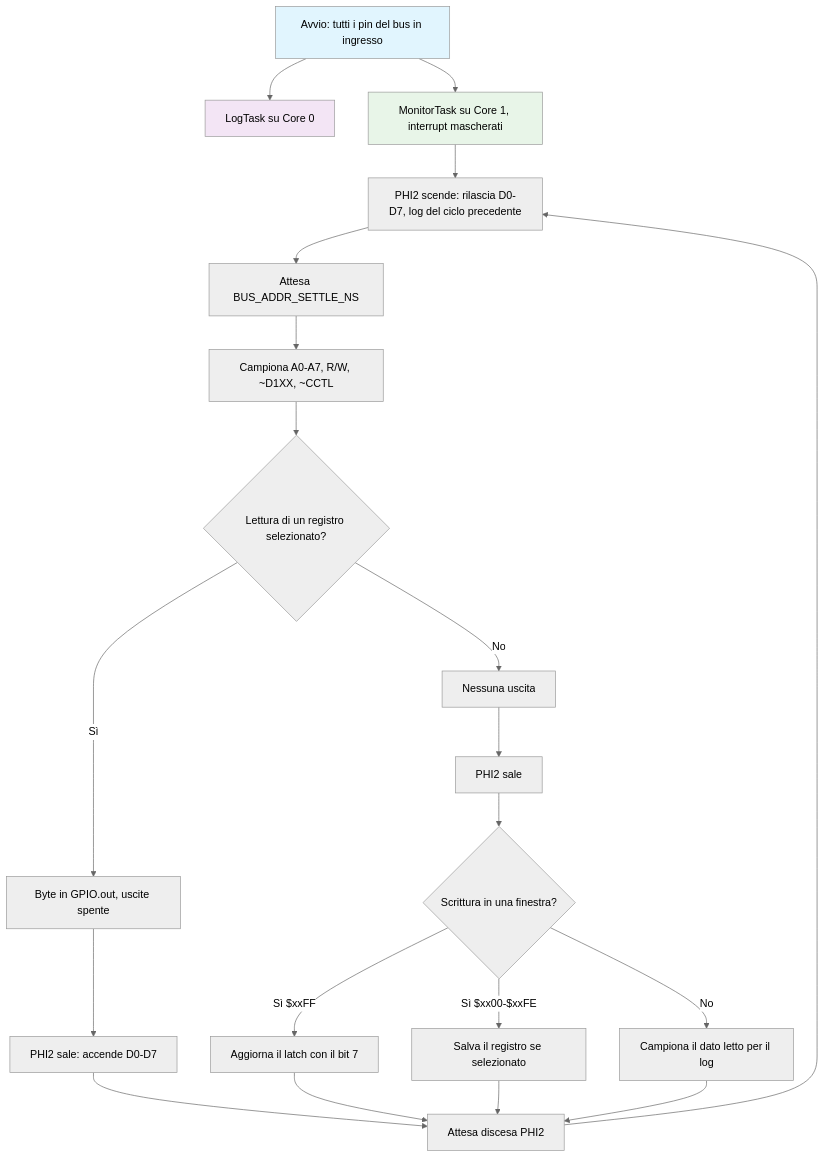
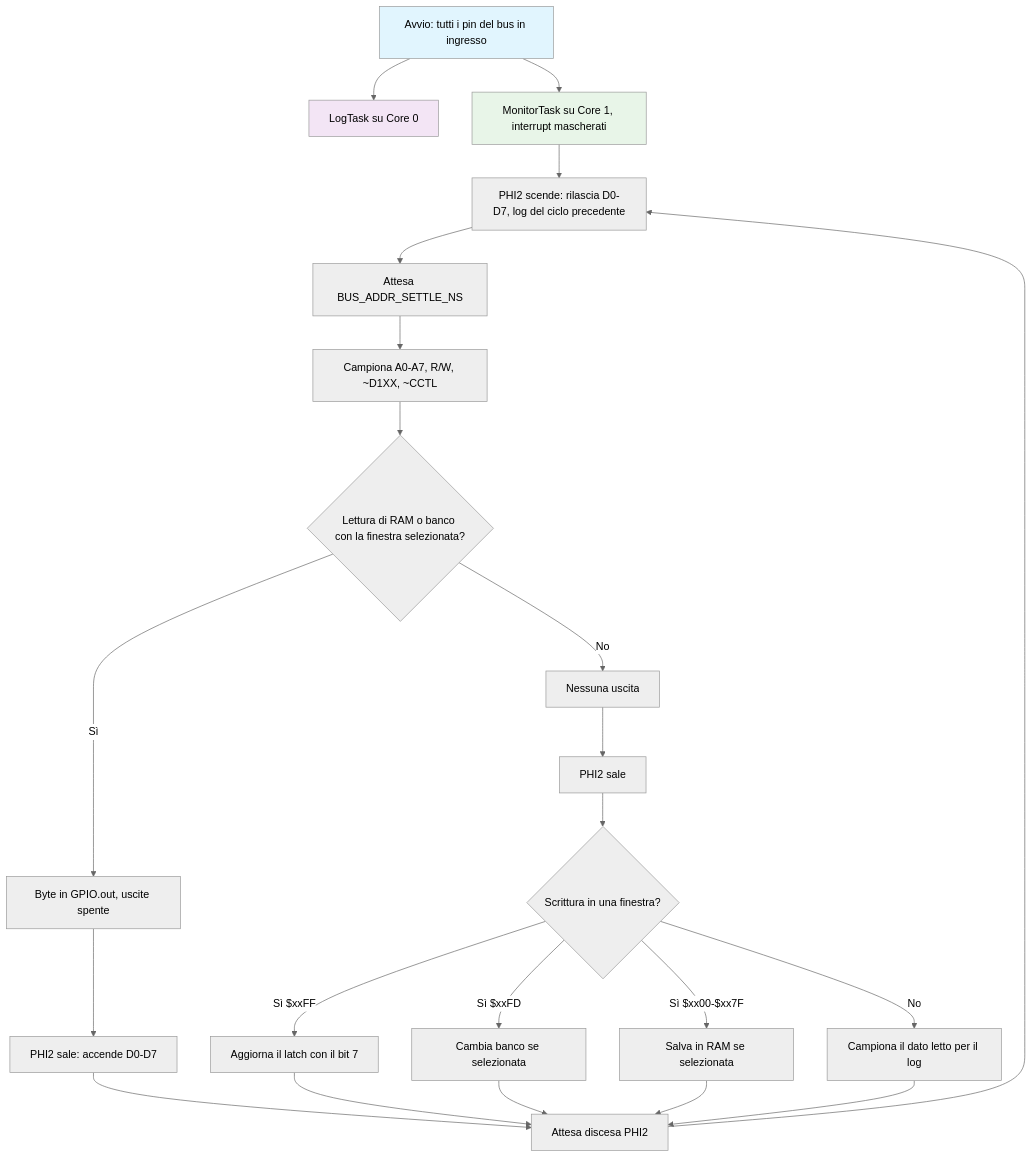
The second of 4 diagrams in README.md (gianlucarenzi/ESP32-BOBOARD-5V), drawn with Mermaid (neutral theme) before and after one commit. The commit also changed other lines of this file and 9 other files, not shown here.

````diff
--- a/README.md
+++ b/README.md
@@ -310,26 +314,28 @@
 ```mermaid
 flowchart TD
     A[Avvio: tutti i pin del bus in ingresso] --> B[LogTask su Core 0]
     A --> C[MonitorTask su Core 1, interrupt mascherati]
     C --> D[PHI2 scende: rilascia D0-D7, log del ciclo precedente]
     D --> E[Attesa BUS_ADDR_SETTLE_NS]
     E --> F[Campiona A0-A7, R/W, ~D1XX, ~CCTL]
-    F --> G{Lettura di un registro selezionato?}
+    F --> G{Lettura di RAM o banco con la finestra selezionata?}
     G -->|Sì| H[Byte in GPIO.out, uscite spente]
     G -->|No| I[Nessuna uscita]
     H --> J[PHI2 sale: accende D0-D7]
     I --> K[PHI2 sale]
     J --> L[Attesa discesa PHI2]
     K --> M{Scrittura in una finestra?}
     M -->|Sì $xxFF| N[Aggiorna il latch con il bit 7]
-    M -->|Sì $xx00-$xxFE| O[Salva il registro se selezionato]
+    M -->|Sì $xxFD| Q[Cambia banco se selezionata]
+    M -->|Sì $xx00-$xx7F| O[Salva in RAM se selezionata]
     M -->|No| P[Campiona il dato letto per il log]
     N --> L
+    Q --> L
     O --> L
     P --> L
     L --> D
 
     style A fill:#e1f5fe
     style B fill:#f3e5f5
     style C fill:#e8f5e8
 ```
````
